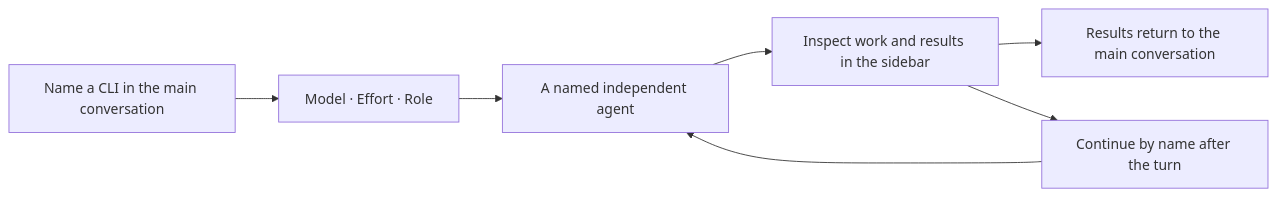
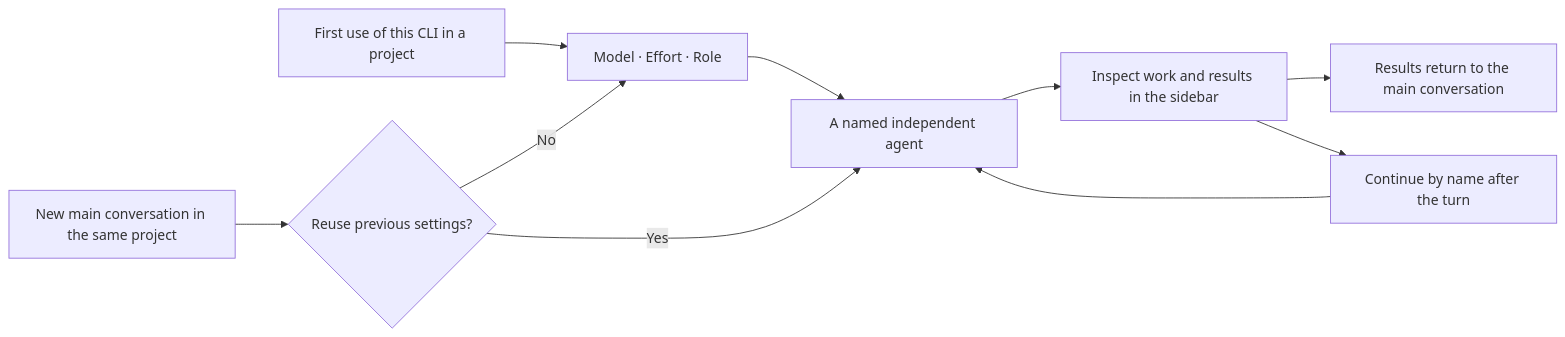
The diagram in README.en.md (SuperWheel/cliworker-now), drawn with Mermaid before and after one commit. The commit also changed other lines of this file and 23 other files, not shown here.

Commit message:
fix: simplify CLI dispatch selection and reuse settings

````diff
--- a/README.en.md
+++ b/README.en.md
@@ -203,9 +208,12 @@
 ```mermaid
 flowchart LR
-    A[Name a CLI in the main conversation] --> B[Model · Effort · Role]
-    B --> C[A named independent agent]
+    A[First use of this CLI in a project] --> B[Model · Effort · Role]
+    N[New main conversation in the same project] --> Q{Reuse previous settings?}
+    Q -->|No| B
+    Q -->|Yes| C[A named independent agent]
+    B --> C
     C --> D[Inspect work and results in the sidebar]
     D --> E[Results return to the main conversation]
     D --> F[Continue by name after the turn]
     F --> C
 ```
````
